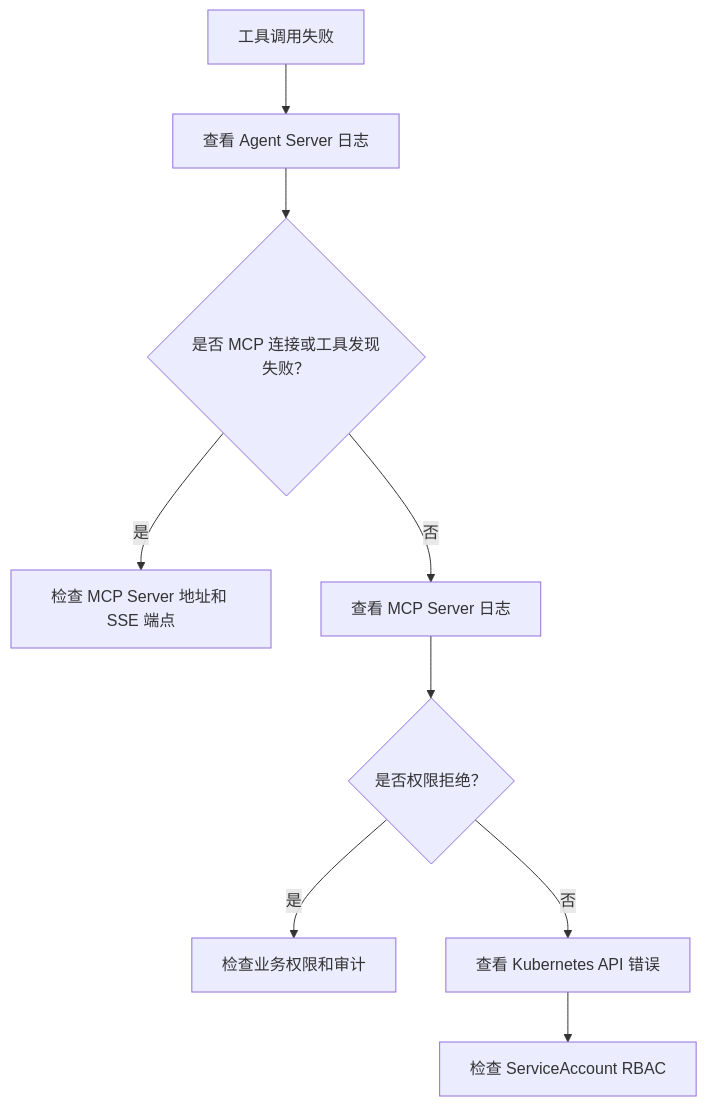
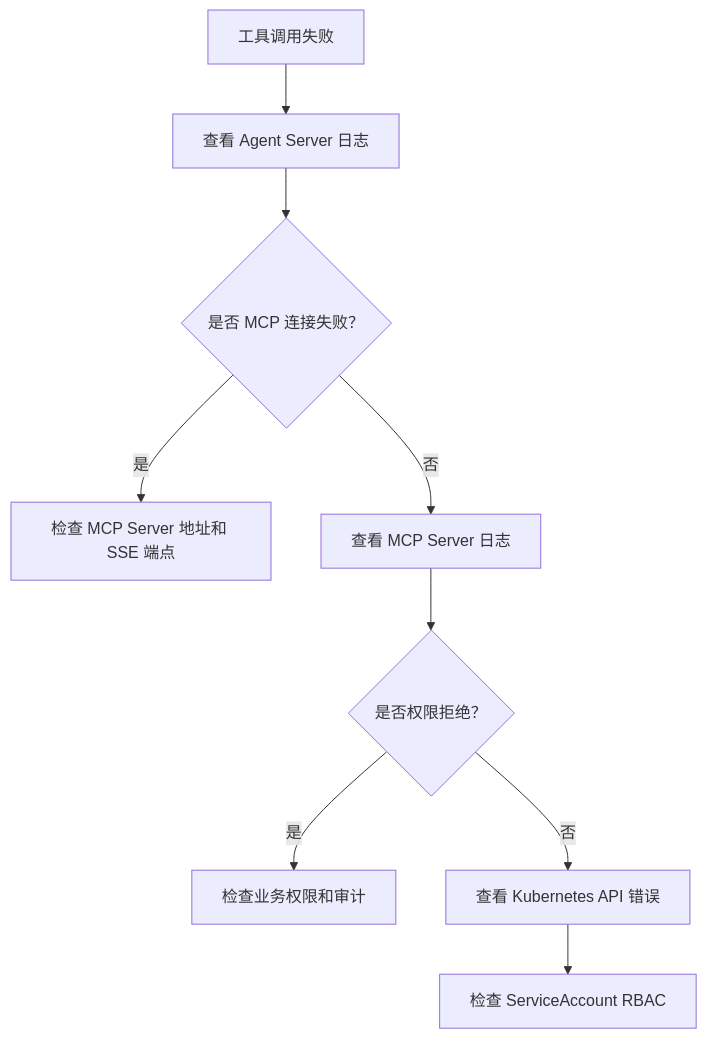
Before and after one commit to ZhaoXiangHeng/k8s-agent: the fourth of 4 diagrams in docs/operations/observability-and-troubleshooting.md, drawn with Mermaid. The commit also changed other lines of this file and 91 other files, not shown here.

````diff
--- a/docs/operations/observability-and-troubleshooting.md
+++ b/docs/operations/observability-and-troubleshooting.md
@@ -142,11 +136,11 @@
 ```mermaid
 flowchart TD
   A["工具调用失败"] --> B["查看 Agent Server 日志"]
-  B --> C{"是否 MCP 连接或工具发现失败？"}
+  B --> C{"是否 MCP 连接失败？"}
   C -- "是" --> D["检查 MCP Server 地址和 SSE 端点"]
   C -- "否" --> E["查看 MCP Server 日志"]
   E --> F{"是否权限拒绝？"}
   F -- "是" --> G["检查业务权限和审计"]
   F -- "否" --> H["查看 Kubernetes API 错误"]
   H --> I["检查 ServiceAccount RBAC"]
 ```
````
